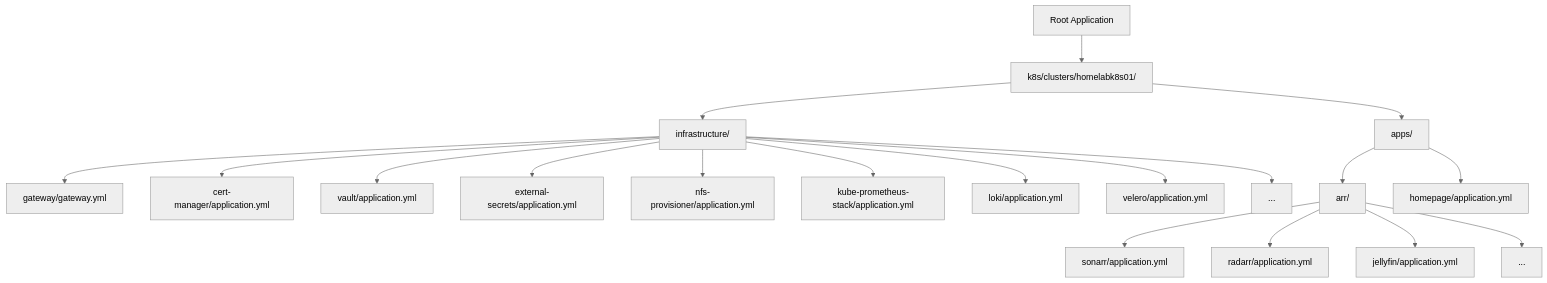
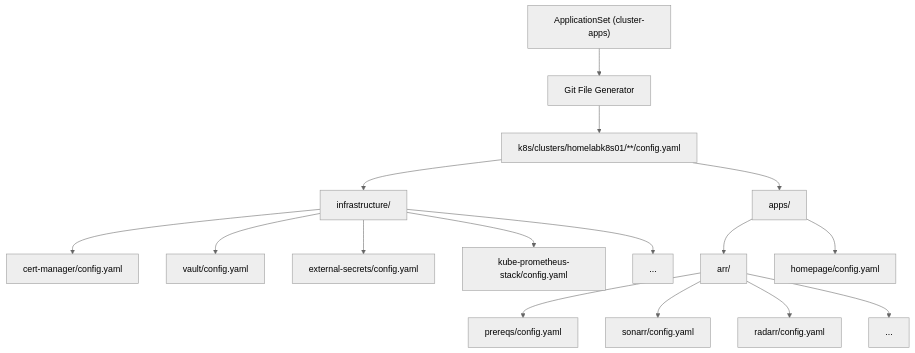
The first of 2 diagrams in docs/architecture/gitops.md (kyleseneker/homelab), drawn with Mermaid (neutral theme) before and after one commit. The commit also changed other lines of this file and 4 other files, not shown here.

Commit message:
docs: update ADR, gitops architecture, and adding-an-app for ApplicationSet

````diff
--- a/docs/architecture/gitops.md
+++ b/docs/architecture/gitops.md
@@ -9,24 +9,22 @@
 ```mermaid
 flowchart TD
-    rootApp["Root Application"] --> clusterDir["k8s/clusters/homelabk8s01/"]
-    clusterDir --> infraDir["infrastructure/"]
-    clusterDir --> appsDir["apps/"]
+    appSet["ApplicationSet (cluster-apps)"] --> generator["Git File Generator"]
+    generator --> glob["k8s/clusters/homelabk8s01/**/config.yaml"]
 
-    infraDir --> gateway["gateway/gateway.yml"]
-    infraDir --> certManager["cert-manager/application.yml"]
-    infraDir --> vault["vault/application.yml"]
-    infraDir --> externalSecrets["external-secrets/application.yml"]
-    infraDir --> nfsProvisioner["nfs-provisioner/application.yml"]
-    infraDir --> prometheusStack["kube-prometheus-stack/application.yml"]
-    infraDir --> loki["loki/application.yml"]
-    infraDir --> velero["velero/application.yml"]
-    infraDir --> moreInfra["..."]
+    glob --> infraConfigs["infrastructure/"]
+    glob --> appConfigs["apps/"]
 
-    appsDir --> arrDir["arr/"]
-    appsDir --> homepage["homepage/application.yml"]
+    infraConfigs --> certManager["cert-manager/config.yaml"]
+    infraConfigs --> vault["vault/config.yaml"]
+    infraConfigs --> externalSecrets["external-secrets/config.yaml"]
+    infraConfigs --> prometheusStack["kube-prometheus-stack/config.yaml"]
+    infraConfigs --> moreInfra["..."]
 
-    arrDir --> sonarr["sonarr/application.yml"]
-    arrDir --> radarr["radarr/application.yml"]
-    arrDir --> jellyfin["jellyfin/application.yml"]
+    appConfigs --> arrDir["arr/"]
+    appConfigs --> homepage["homepage/config.yaml"]
+
+    arrDir --> prereqs["prereqs/config.yaml"]
+    arrDir --> sonarr["sonarr/config.yaml"]
+    arrDir --> radarr["radarr/config.yaml"]
     arrDir --> moreArr["..."]
 ```
````
